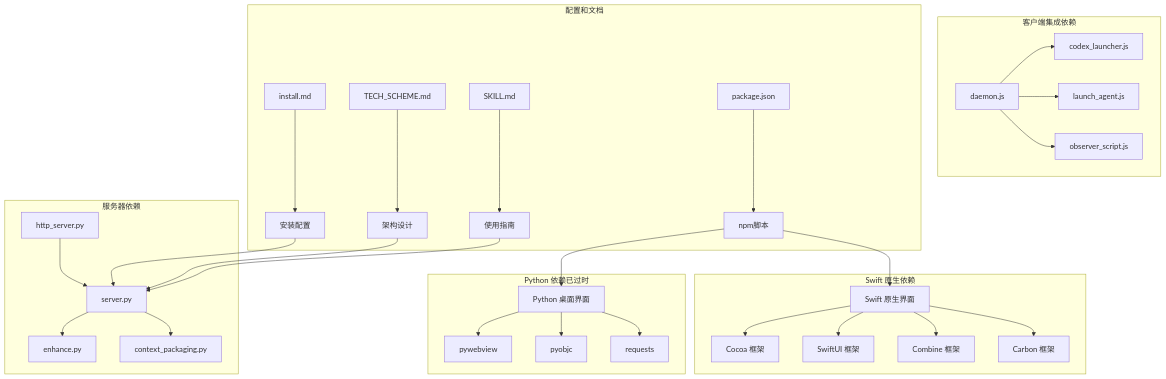
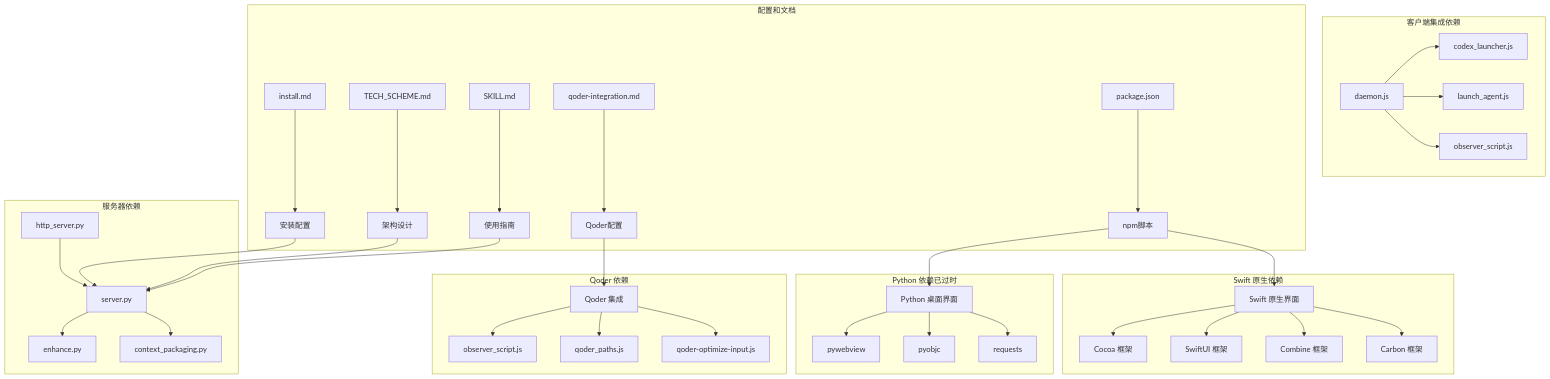
The sixth of 6 diagrams in .qoder/repowiki/zh/content/集成指南/桌面界面使用指南.md (WyRainBow/PromptCocoPilot), drawn with Mermaid before and after one commit. The commit also changed other lines of this file and 134 other files, not shown here.

````diff
--- a/.qoder/repowiki/zh/content/集成指南/桌面界面使用指南.md
+++ b/.qoder/repowiki/zh/content/集成指南/桌面界面使用指南.md
@@ -675,35 +855,42 @@
 ```mermaid
 graph TB
 subgraph "Swift 原生依赖"
 SWIFT[Swift 原生界面] --> COCO[Cocoa 框架]
 SWIFT --> SWIFUI[SwiftUI 框架]
 SWIFT --> COMBINE[Combine 框架]
 SWIFT --> CARBON[Carbon 框架]
 end
 subgraph "Python 依赖已过时"
 PYTHON[Python 桌面界面] --> WEBVIEW[pywebview]
 PYTHON --> PYOBJC[pyobjc]
 PYTHON --> REQUESTS[requests]
+end
+subgraph "Qoder 依赖"
+QODER[Qoder 集成] --> OBSERVER[observer_script.js]
+QODER --> PATHS[qoder_paths.js]
+QODER --> DAEMON[qoder-optimize-input.js]
 end
 subgraph "服务器依赖"
 HS[http_server.py] --> SV[server.py]
 SV --> EN[enhance.py]
 SV --> CP[context_packaging.py]
 end
 subgraph "客户端集成依赖"
 CD[daemon.js] --> CL[codex_launcher.js]
 CD --> LA[launch_agent.js]
 CD --> OS[observer_script.js]
 end
 subgraph "配置和文档"
 PK[package.json] --> Scripts[npm脚本]
 INST[install.md] --> Setup[安装配置]
 TS[TECH_SCHEME.md] --> Arch[架构设计]
 SK[SKILL.md] --> Usage[使用指南]
+QI[qoder-integration.md] --> QConfig[Qoder配置]
 end
 Scripts --> SWIFT
 Scripts --> PYTHON
 Setup --> SV
 Arch --> SV
 Usage --> SV
+QConfig --> QODER
 ```
````
